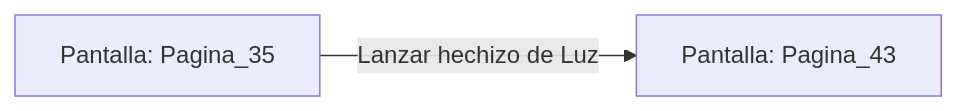
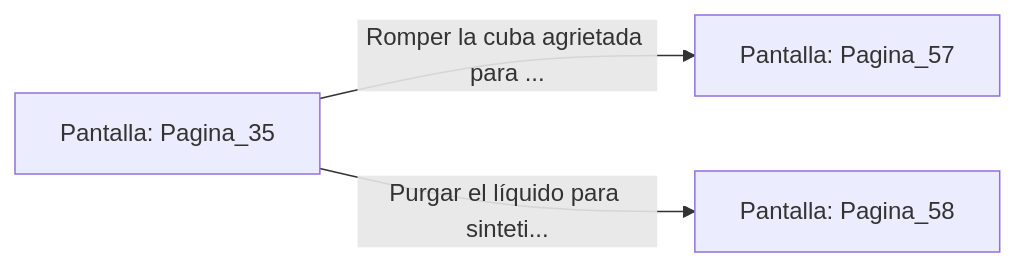
One commit to metsuke/mpl changed the diagram in sample/eligejuego-vault/Pantalla_Pagina_35.md. Above: the diagram before and after it, drawn with Mermaid. The commit also changed other lines of this file and 635 other files, not shown here.

First line of the commit message:
fix: añadir Pagina_1 como pantalla inicial en capitulo_01.mpl

````diff
--- a/sample/eligejuego-vault/Pantalla_Pagina_35.md
+++ b/sample/eligejuego-vault/Pantalla_Pagina_35.md
@@ -14,5 +24,6 @@
 ```mermaid
 graph LR
     P_Pagina_35["Pantalla: Pagina_35"]
-    P_Pagina_35 -->|"Lanzar hechizo de Luz"| P_Pagina_43["Pantalla: Pagina_43"]
+    P_Pagina_35 -->|"Romper la cuba agrietada para ..."| P_Pagina_57["Pantalla: Pagina_57"]
+    P_Pagina_35 -->|"Purgar el líquido para sinteti..."| P_Pagina_58["Pantalla: Pagina_58"]
 ```
````
